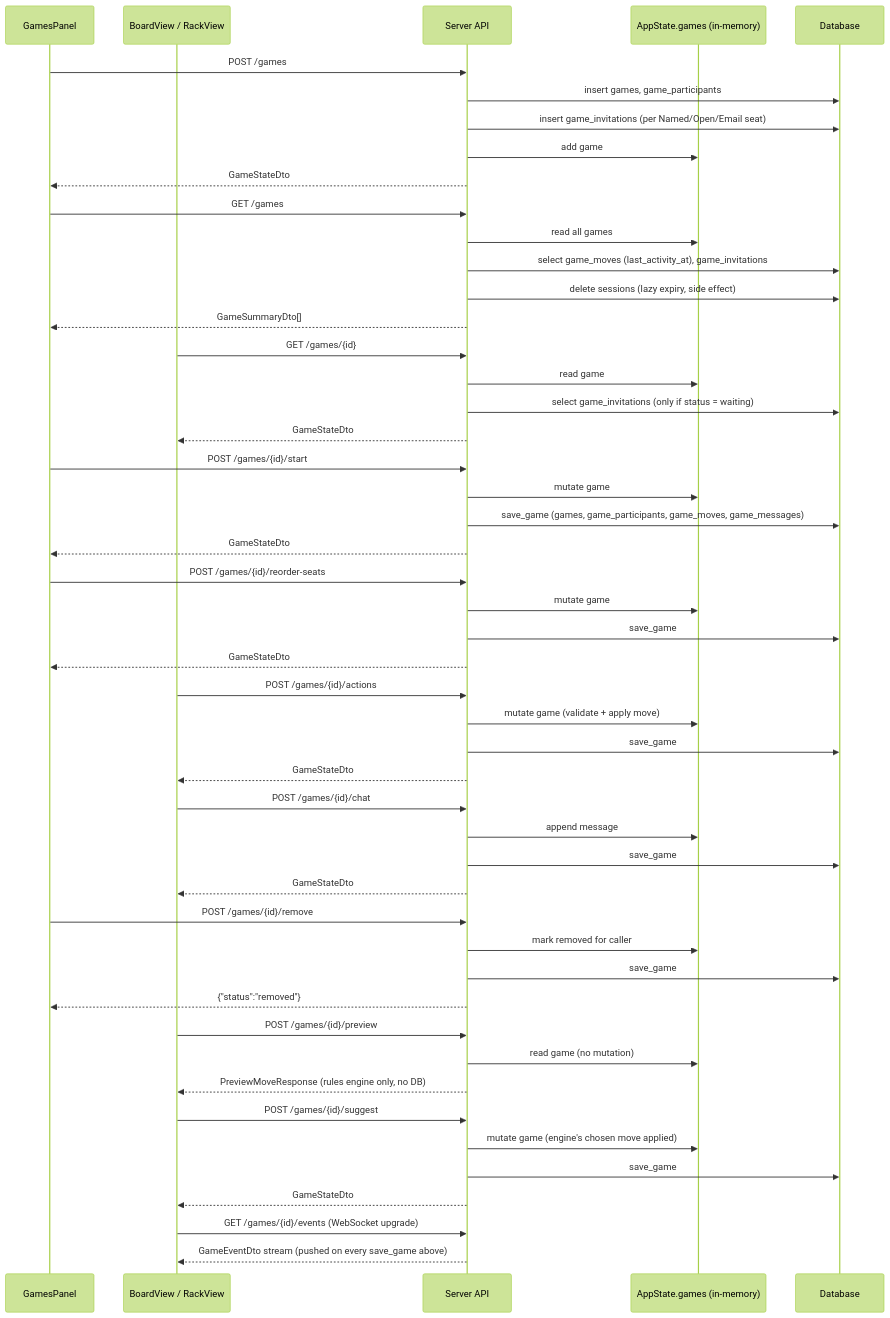
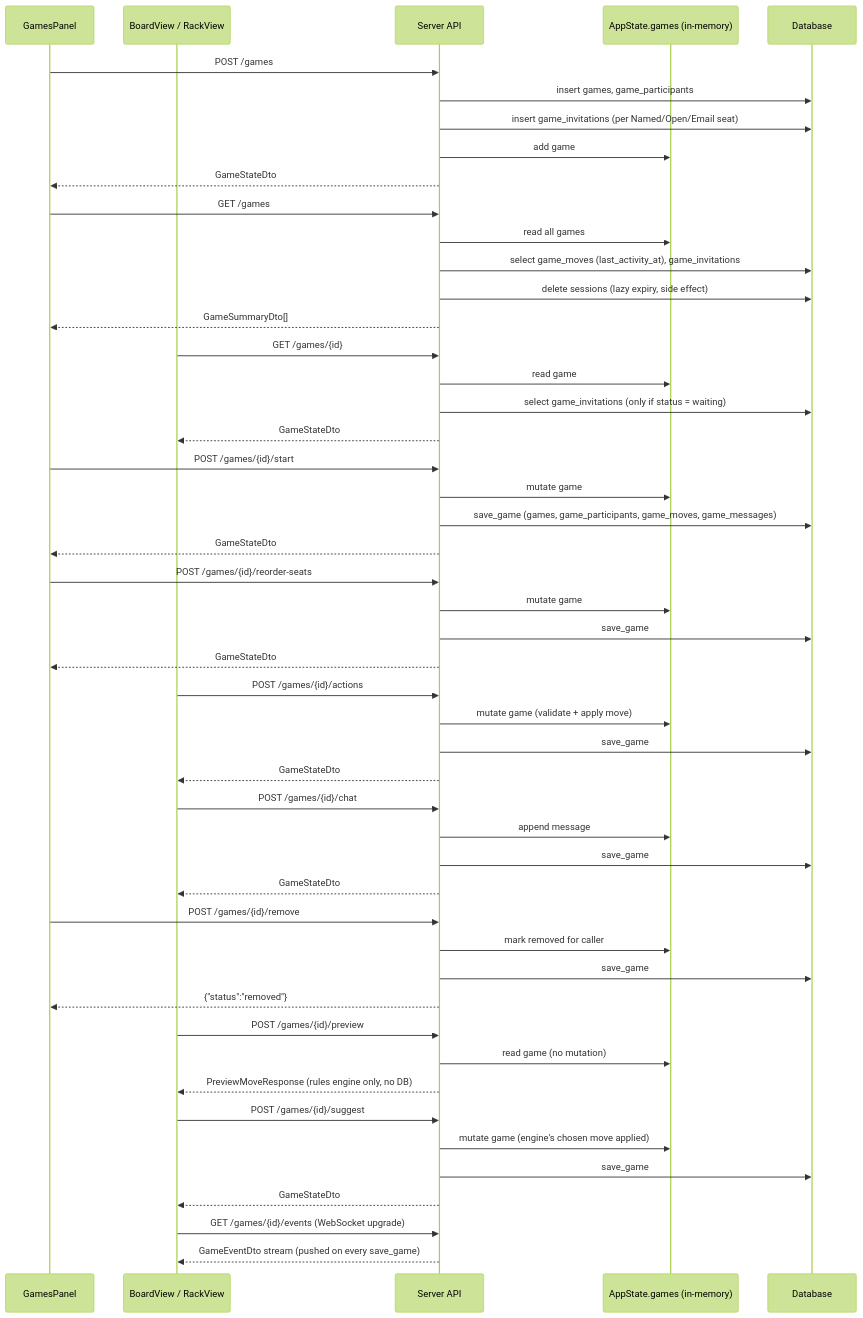
The sixth of 9 diagrams in docs/4.4.3-api-schema.md (delphside/tile-lite-elite), drawn with Mermaid (forest theme) before and after one commit. The commit also changed other lines of this file and 3 other files, not shown here.

````diff
--- a/docs/4.4.3-api-schema.md
+++ b/docs/4.4.3-api-schema.md
@@ -933,62 +970,62 @@
 ```mermaid
 sequenceDiagram
     participant Games as GamesPanel
     participant Board as BoardView / RackView
     participant API as Server API
     participant Mem as AppState.games (in-memory)
     participant DB as Database
 
     Games->>API: POST /games
     API->>DB: insert games, game_participants
     API->>DB: insert game_invitations (per Named/Open/Email seat)
     API->>Mem: add game
     API-->>Games: GameStateDto
 
     Games->>API: GET /games
     API->>Mem: read all games
     API->>DB: select game_moves (last_activity_at), game_invitations
     API->>DB: delete sessions (lazy expiry, side effect)
     API-->>Games: GameSummaryDto[]
 
     Board->>API: GET /games/{id}
     API->>Mem: read game
     API->>DB: select game_invitations (only if status = waiting)
     API-->>Board: GameStateDto
 
     Games->>API: POST /games/{id}/start
     API->>Mem: mutate game
     API->>DB: save_game (games, game_participants, game_moves, game_messages)
     API-->>Games: GameStateDto
 
     Games->>API: POST /games/{id}/reorder-seats
     API->>Mem: mutate game
     API->>DB: save_game
     API-->>Games: GameStateDto
 
     Board->>API: POST /games/{id}/actions
     API->>Mem: mutate game (validate + apply move)
     API->>DB: save_game
     API-->>Board: GameStateDto
 
     Board->>API: POST /games/{id}/chat
     API->>Mem: append message
     API->>DB: save_game
     API-->>Board: GameStateDto
 
     Games->>API: POST /games/{id}/remove
     API->>Mem: mark removed for caller
     API->>DB: save_game
     API-->>Games: {"status":"removed"}
 
     Board->>API: POST /games/{id}/preview
     API->>Mem: read game (no mutation)
     API-->>Board: PreviewMoveResponse (rules engine only, no DB)
 
     Board->>API: POST /games/{id}/suggest
     API->>Mem: mutate game (engine's chosen move applied)
     API->>DB: save_game
     API-->>Board: GameStateDto
 
     Board->>API: GET /games/{id}/events (WebSocket upgrade)
-    API-->>Board: GameEventDto stream (pushed on every save_game above)
+    API-->>Board: GameEventDto stream (pushed on every save_game)
 ```
````
